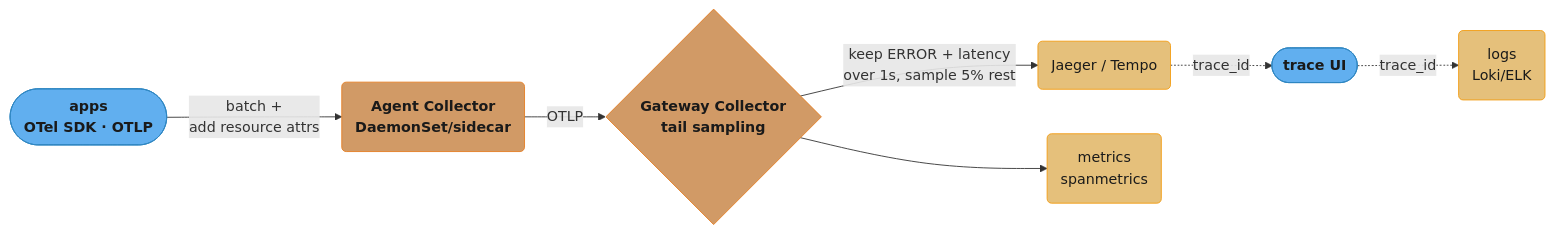
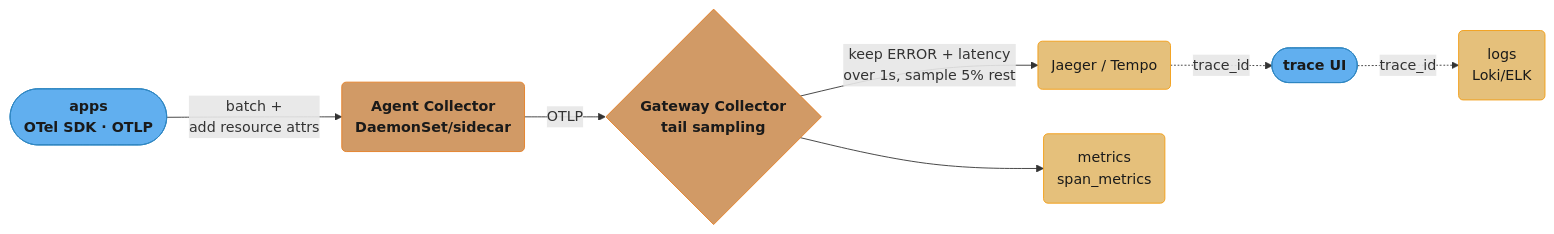
Before and after one commit to rppol/system-design: the second of 6 diagrams in src/main/java/com/rutik/systemdesign/devops/observability_tracing_and_otel/observability_tracing_and_otel.md, drawn with Mermaid. The commit also changed other lines of this file and 4 other files, not shown here.

````diff
--- a/src/main/java/com/rutik/systemdesign/devops/observability_tracing_and_otel/observability_tracing_and_otel.md
+++ b/src/main/java/com/rutik/systemdesign/devops/observability_tracing_and_otel/observability_tracing_and_otel.md
@@ -112,21 +112,21 @@
 ```mermaid
 flowchart LR
     classDef io      fill:#61afef,stroke:#2e86c1,color:#1a1a1a,font-weight:bold
     classDef frozen  fill:#c678dd,stroke:#9b59b6,color:#fff
     classDef train   fill:#98c379,stroke:#27ae60,color:#1a1a1a
     classDef mathOp  fill:#d19a66,stroke:#e67e22,color:#1a1a1a,font-weight:bold
     classDef lossN   fill:#e06c75,stroke:#c0392b,color:#fff,font-weight:bold
     classDef req     fill:#56b6c2,stroke:#0097a7,color:#1a1a1a
     classDef base    fill:#e5c07b,stroke:#f39c12,color:#1a1a1a
 
     Apps(["apps<br/>OTel SDK · OTLP"]) -->|"batch +<br/>add resource attrs"| Agent("Agent Collector<br/>DaemonSet/sidecar")
     Agent -->|OTLP| Gateway{"Gateway Collector<br/>tail sampling"}
     Gateway -->|"keep ERROR + latency<br/>over 1s, sample 5% rest"| Backends("Jaeger / Tempo")
-    Gateway --> Metrics("metrics<br/>spanmetrics")
+    Gateway --> Metrics("metrics<br/>span_metrics")
     Backends -.->|trace_id| UI(["trace UI"])
     UI -.->|trace_id| Logs("logs<br/>Loki/ELK")
 
     class Apps,UI io
     class Agent,Gateway mathOp
     class Backends,Metrics,Logs base
 ```
````
